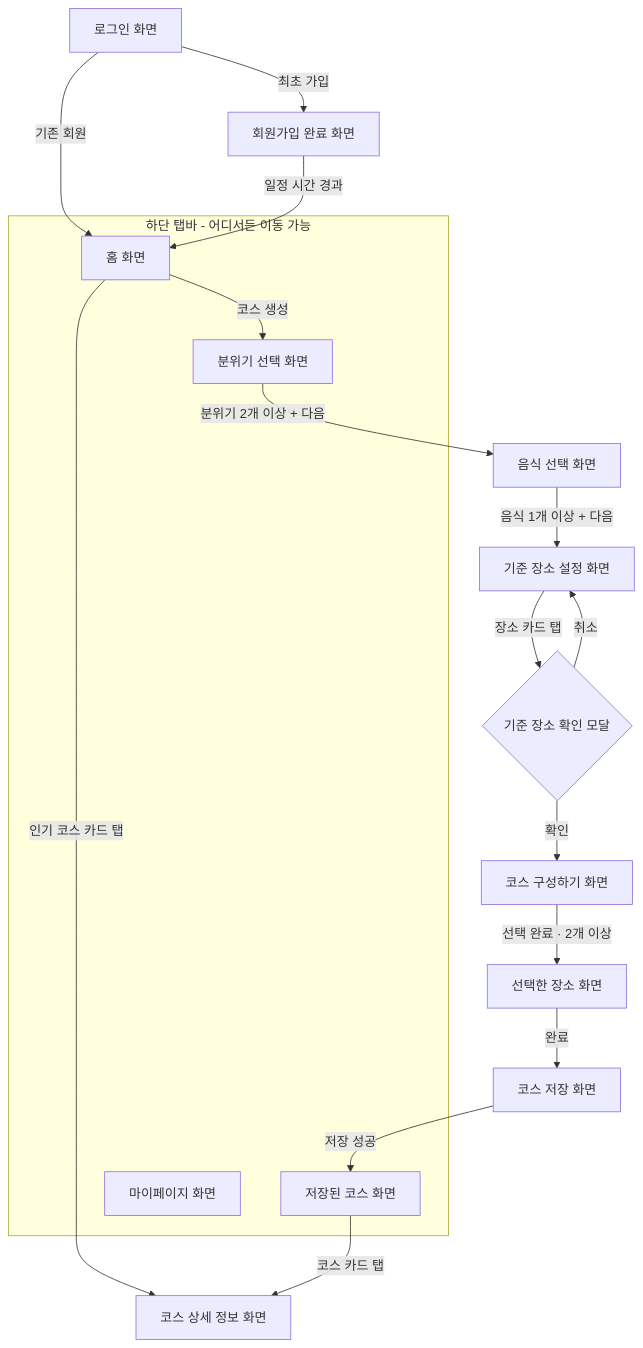
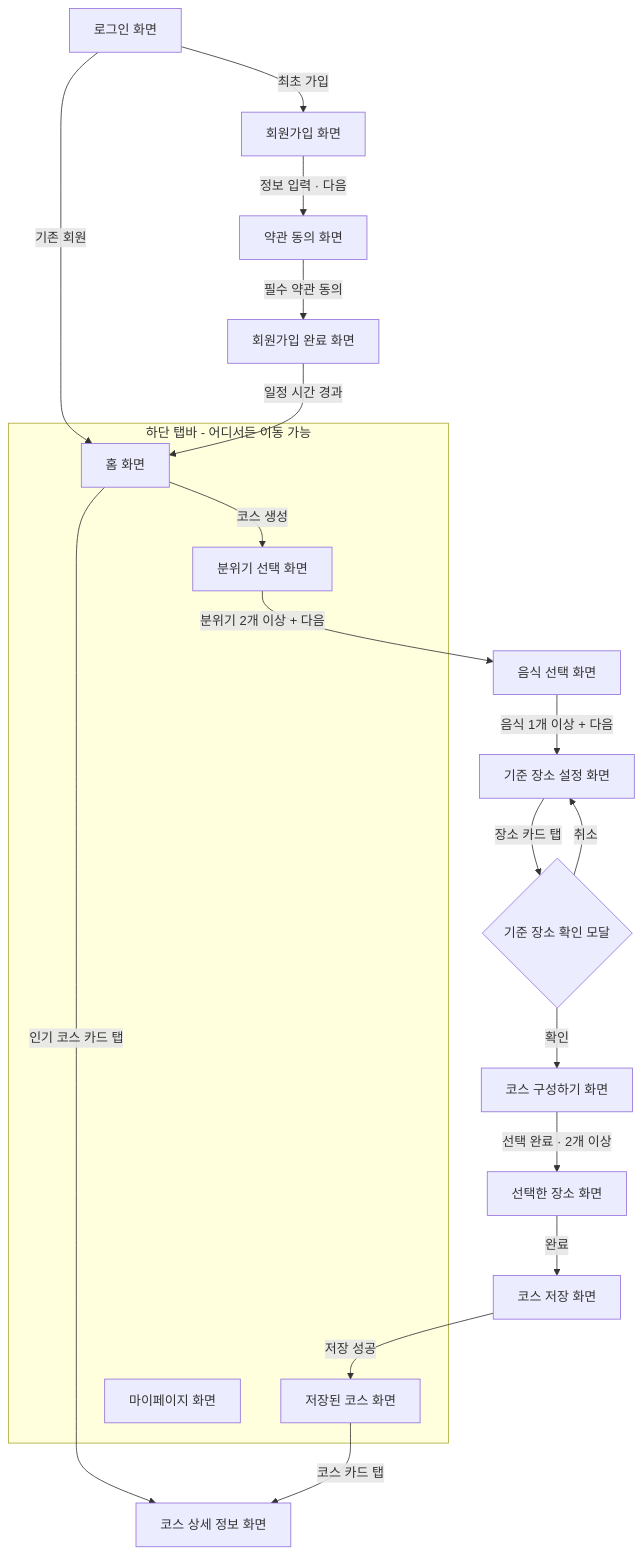
One commit to UMC-TODAIT/TODAIT_AOS changed the diagram in README.md. Above: the diagram before and after it, drawn with Mermaid. The commit also changed other lines of this file and 1002 other files, not shown here.

````diff
--- a/README.md
+++ b/README.md
@@ -126,26 +130,28 @@
 ```mermaid
 flowchart TD
-    Login[로그인 화면] -->|최초 가입| SignupComplete[회원가입 완료 화면]
+    Login[로그인 화면] -->|최초 가입| Signup[회원가입 화면]
     Login -->|기존 회원| Home[홈 화면]
+    Signup -->|정보 입력 · 다음| Terms[약관 동의 화면]
+    Terms -->|필수 약관 동의| SignupComplete[회원가입 완료 화면]
     SignupComplete -->|일정 시간 경과| Home
 
     Home -->|코스 생성| Mood[분위기 선택 화면]
     Home -->|인기 코스 카드 탭| CourseDetail[코스 상세 정보 화면]
 
     Mood -->|분위기 2개 이상 + 다음| Food[음식 선택 화면]
     Food -->|음식 1개 이상 + 다음| BasePlace[기준 장소 설정 화면]
     BasePlace -->|장소 카드 탭| Confirm{기준 장소 확인 모달}
     Confirm -->|확인| Compose[코스 구성하기 화면]
     Confirm -->|취소| BasePlace
     Compose -->|선택 완료 · 2개 이상| Selected[선택한 장소 화면]
     Selected -->|완료| Save[코스 저장 화면]
     Save -->|저장 성공| Saved[저장된 코스 화면]
     Saved -->|코스 카드 탭| CourseDetail
 
     subgraph BottomTab[하단 탭바 - 어디서든 이동 가능]
         Home
         Mood
         Saved
         MyPage[마이페이지 화면]
     end
 ```
````
